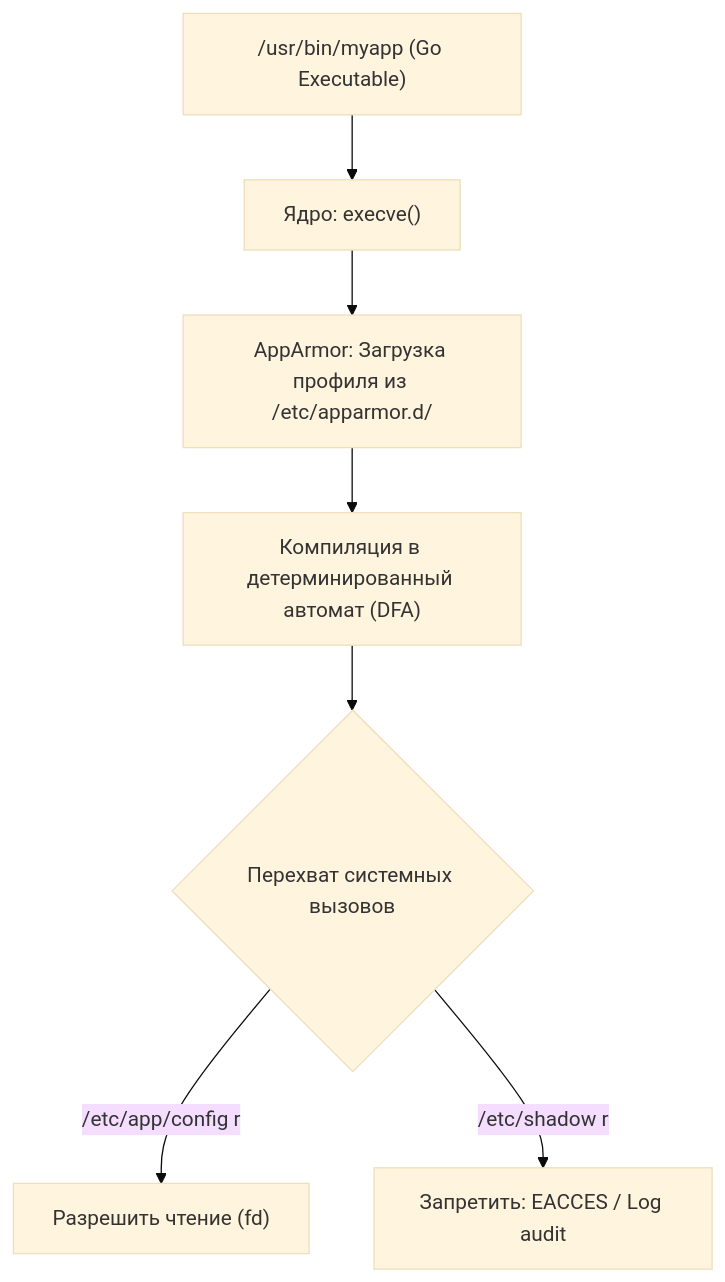
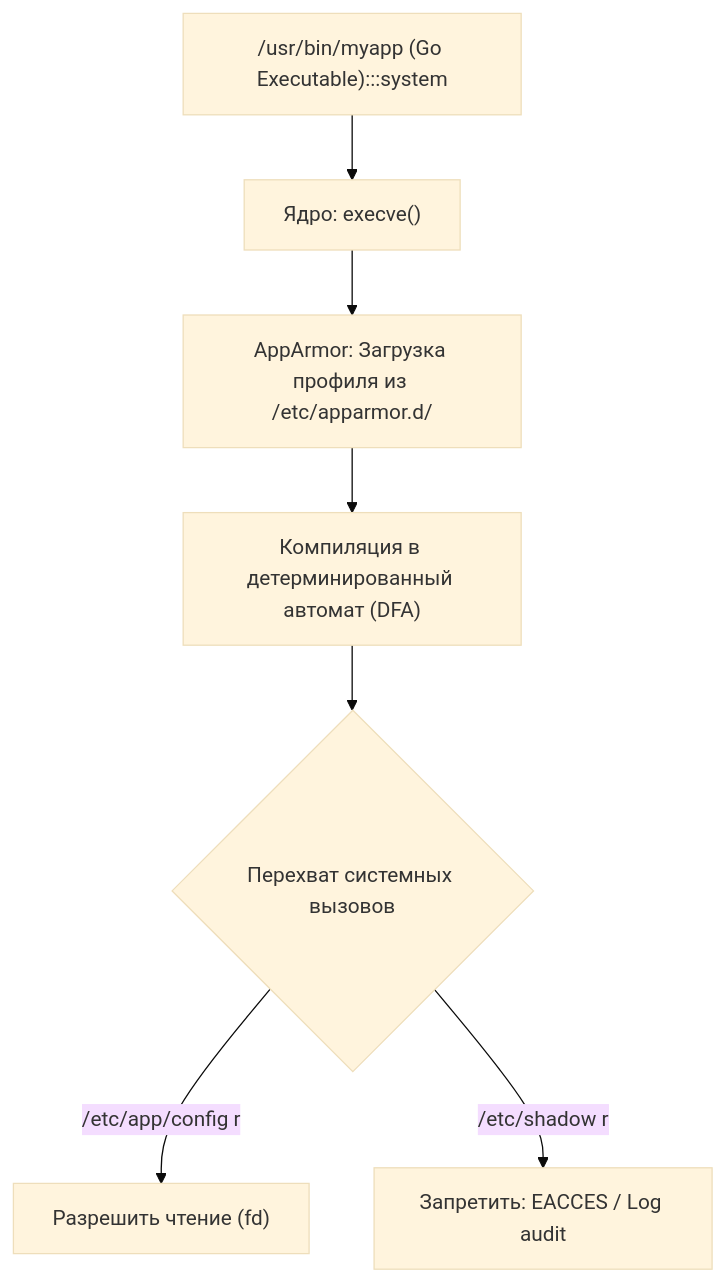
Before and after one commit to UnrealTemplier/go-textbook: the fourth of 5 diagrams in sources/2. Устройство и работа ОС/58. SELinux и AppArmor.md, drawn with Mermaid (base theme). The commit also changed other lines of this file and 1666 other files, not shown here.

First line of the commit message:
feat(mermaid): add semantic color classDef to 1369 colorless flowchart/graph diagrams

````diff
--- a/sources/2. Устройство и работа ОС/58. SELinux и AppArmor.md
+++ b/sources/2. Устройство и работа ОС/58. SELinux и AppArmor.md
@@ -154,9 +184,19 @@
 ```mermaid
 flowchart TD
-    AppBinary["/usr/bin/myapp (Go Executable)"] --> KernelLoader["Ядро: execve()"]
+    classDef process  fill:#1e293b,stroke:#38bdf8,stroke-width:1px,color:#f8fafc
+    classDef success  fill:#064e3b,stroke:#34d399,stroke-width:1px,color:#f8fafc
+    classDef error    fill:#7f1d1d,stroke:#f87171,stroke-width:1px,color:#f8fafc
+    classDef warning  fill:#78350f,stroke:#fbbf24,stroke-width:1px,color:#f8fafc
+    classDef entry    fill:#1e3a5f,stroke:#38bdf8,stroke-width:2px,color:#f8fafc
+    classDef aux      fill:#334155,stroke:#64748b,stroke-width:1px,color:#f8fafc
+    classDef system   fill:#312e81,stroke:#a78bfa,stroke-width:1px,color:#f8fafc
+    classDef data     fill:#132d29,stroke:#2dd4bf,stroke-width:1px,color:#f8fafc
+    classDef network  fill:#881337,stroke:#fb7185,stroke-width:1px,color:#f8fafc
+    classDef accent   fill:#1e1b4b,stroke:#818cf8,stroke-width:1px,color:#f8fafc
+    AppBinary["/usr/bin/myapp (Go Executable):::system"] --> KernelLoader["Ядро: execve()"]
     KernelLoader --> AppArmorParser["AppArmor: Загрузка профиля из /etc/apparmor.d/"]
     AppArmorParser --> CompiledDFA["Компиляция в детерминированный автомат (DFA)"]
     CompiledDFA --> SyscallMonitor{"Перехват системных вызовов"}
     SyscallMonitor -->|/etc/app/config r| AllowRead["Разрешить чтение (fd)"]
     SyscallMonitor -->|/etc/shadow r| DenyRead["Запретить: EACCES / Log audit"]
 ```
````
